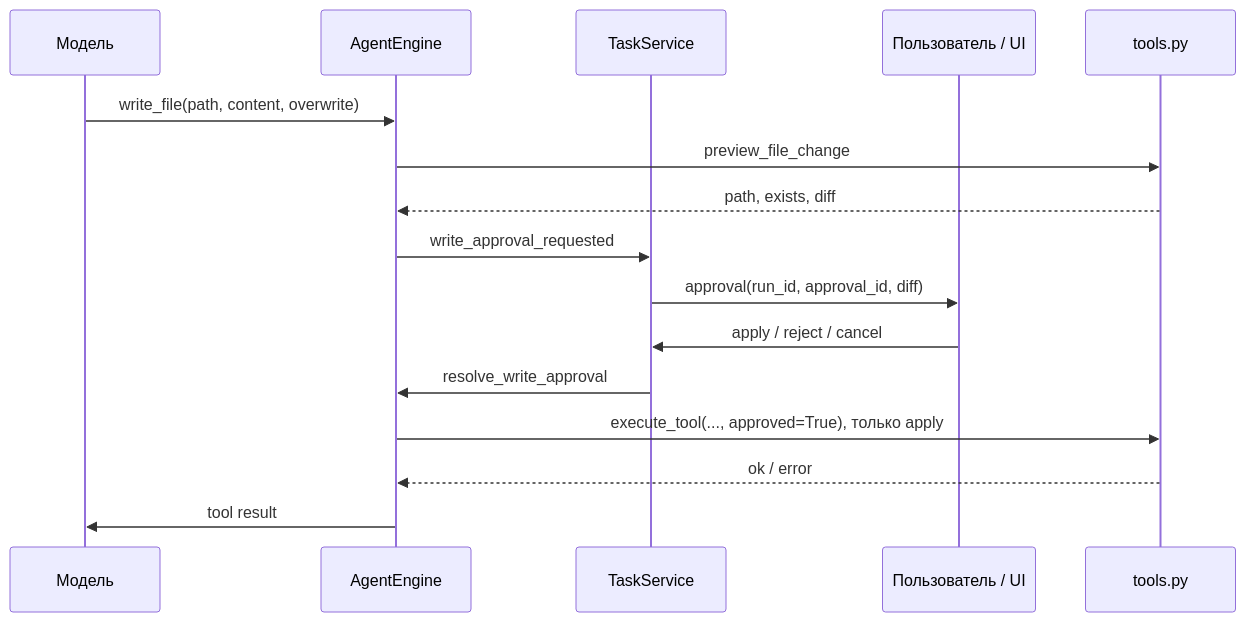
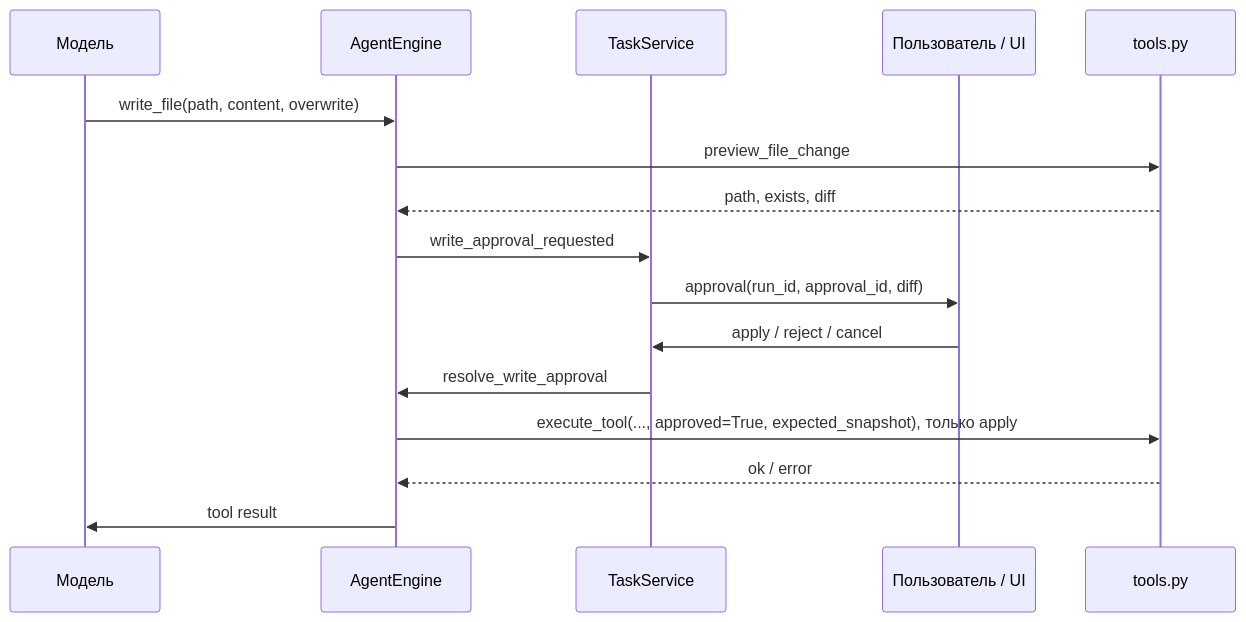
Before and after one commit to Voklin/Local_Agent: the diagram in docs/05-request-walkthrough.md, drawn with Mermaid. The commit also changed other lines of this file and 17 other files, not shown here.

````diff
--- a/docs/05-request-walkthrough.md
+++ b/docs/05-request-walkthrough.md
@@ -45,18 +45,18 @@
 ```mermaid
 sequenceDiagram
     participant M as Модель
     participant G as AgentEngine
     participant S as TaskService
     participant U as Пользователь / UI
     participant F as tools.py
     M->>G: write_file(path, content, overwrite)
     G->>F: preview_file_change
     F-->>G: path, exists, diff
     G->>S: write_approval_requested
     S->>U: approval(run_id, approval_id, diff)
     U->>S: apply / reject / cancel
     S->>G: resolve_write_approval
-    G->>F: execute_tool(..., approved=True), только apply
+    G->>F: execute_tool(..., approved=True, expected_snapshot), только apply
     F-->>G: ok / error
     G->>M: tool result
 ```
````
